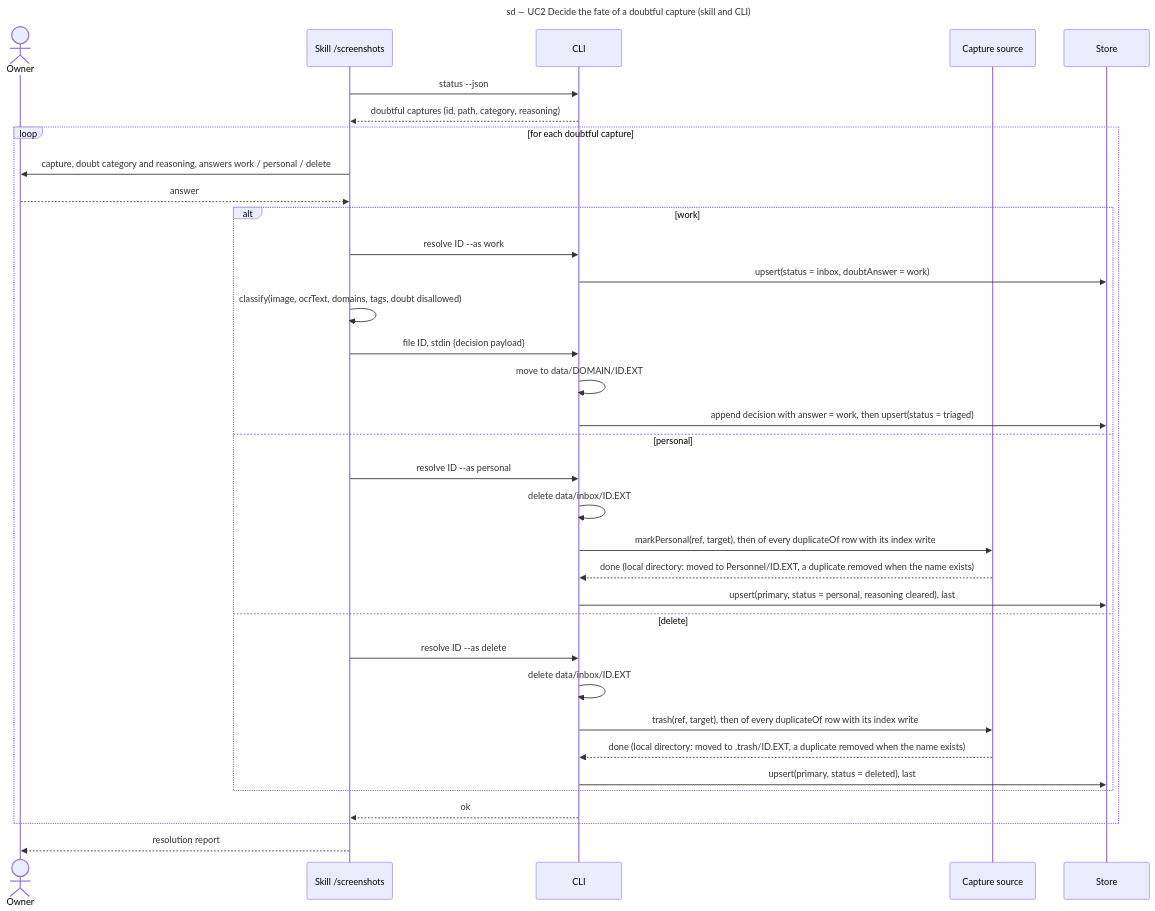
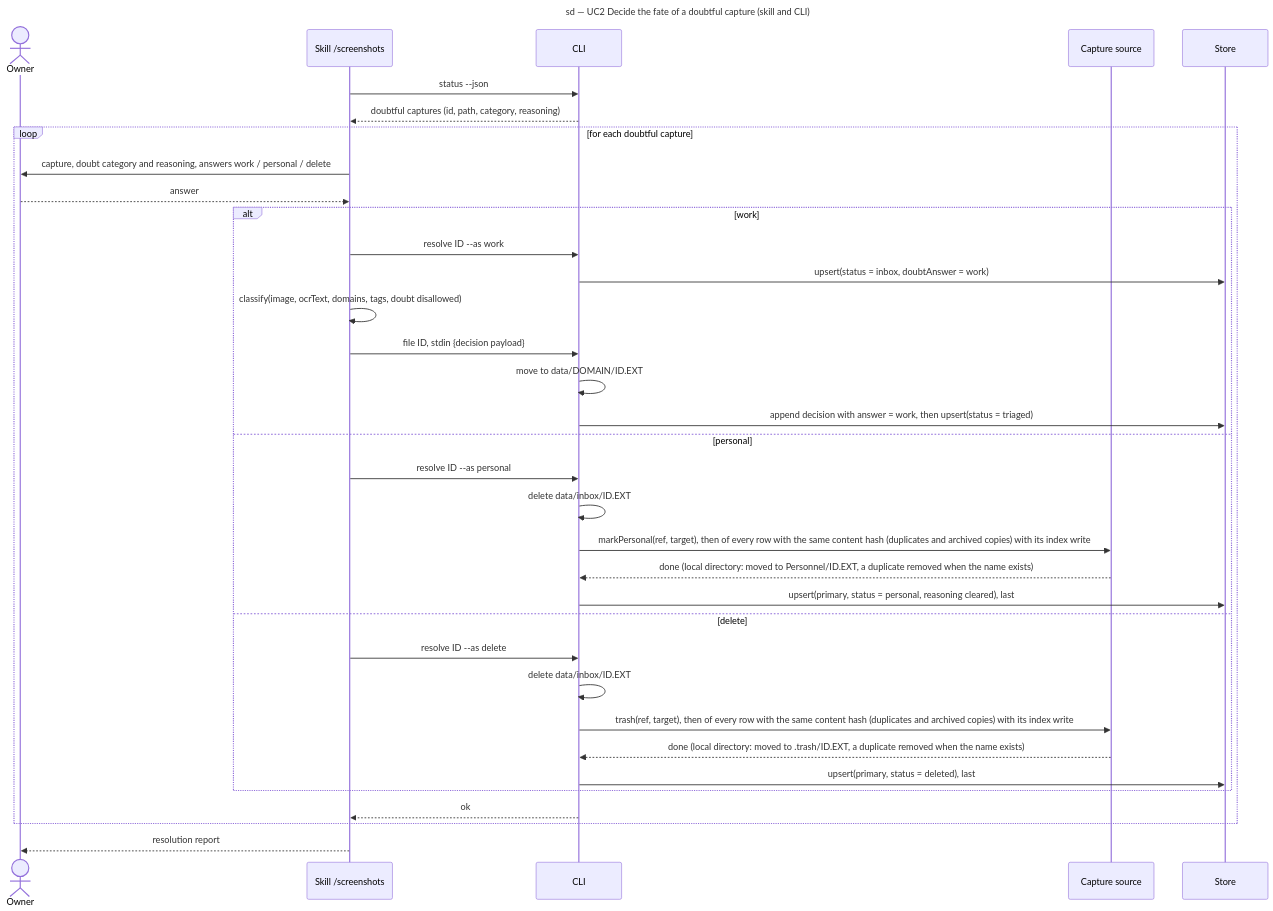
The diagram in docs/architecture/diagrams/triage/02-sequence-resolve-doubt.md (benoit-bremaud/screenshot-triage), drawn with Mermaid before and after one commit. The commit also changed 7 other files, not shown here.

````diff
--- a/docs/architecture/diagrams/triage/02-sequence-resolve-doubt.md
+++ b/docs/architecture/diagrams/triage/02-sequence-resolve-doubt.md
@@ -14,37 +14,37 @@
 ```mermaid
 sequenceDiagram
   title sd — UC2 Decide the fate of a doubtful capture (skill and CLI)
   actor Owner
   participant Skill as Skill /screenshots
   participant CLI as CLI
   participant Source as Capture source
   participant Store as Store
   Skill->>CLI: status --json
   CLI-->>Skill: doubtful captures (id, path, category, reasoning)
   loop for each doubtful capture
     Skill->>Owner: capture, doubt category and reasoning, answers work / personal / delete
     Owner-->>Skill: answer
     alt work
       Skill->>CLI: resolve ID --as work
       CLI->>Store: upsert(status = inbox, doubtAnswer = work)
       Skill->>Skill: classify(image, ocrText, domains, tags, doubt disallowed)
       Skill->>CLI: file ID, stdin {decision payload}
       CLI->>CLI: move to data/DOMAIN/ID.EXT
       CLI->>Store: append decision with answer = work, then upsert(status = triaged)
     else personal
       Skill->>CLI: resolve ID --as personal
       CLI->>CLI: delete data/inbox/ID.EXT
-      CLI->>Source: markPersonal(ref, target), then of every duplicateOf row with its index write
+      CLI->>Source: markPersonal(ref, target), then of every row with the same content hash (duplicates and archived copies) with its index write
       Source-->>CLI: done (local directory: moved to Personnel/ID.EXT, a duplicate removed when the name exists)
       CLI->>Store: upsert(primary, status = personal, reasoning cleared), last
     else delete
       Skill->>CLI: resolve ID --as delete
       CLI->>CLI: delete data/inbox/ID.EXT
-      CLI->>Source: trash(ref, target), then of every duplicateOf row with its index write
+      CLI->>Source: trash(ref, target), then of every row with the same content hash (duplicates and archived copies) with its index write
       Source-->>CLI: done (local directory: moved to .trash/ID.EXT, a duplicate removed when the name exists)
       CLI->>Store: upsert(primary, status = deleted), last
     end
     CLI-->>Skill: ok
   end
   Skill-->>Owner: resolution report
 ```
````
